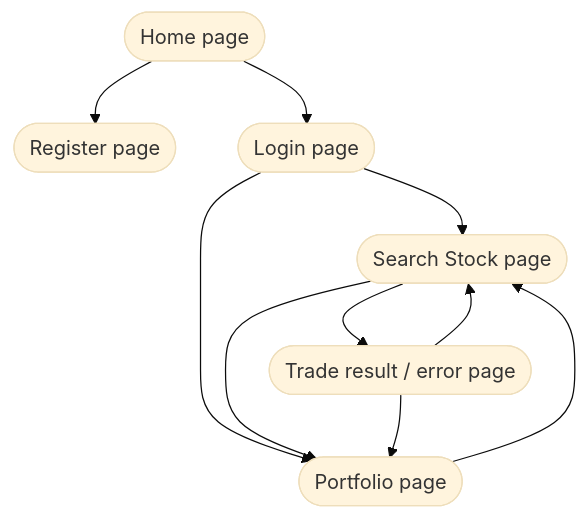
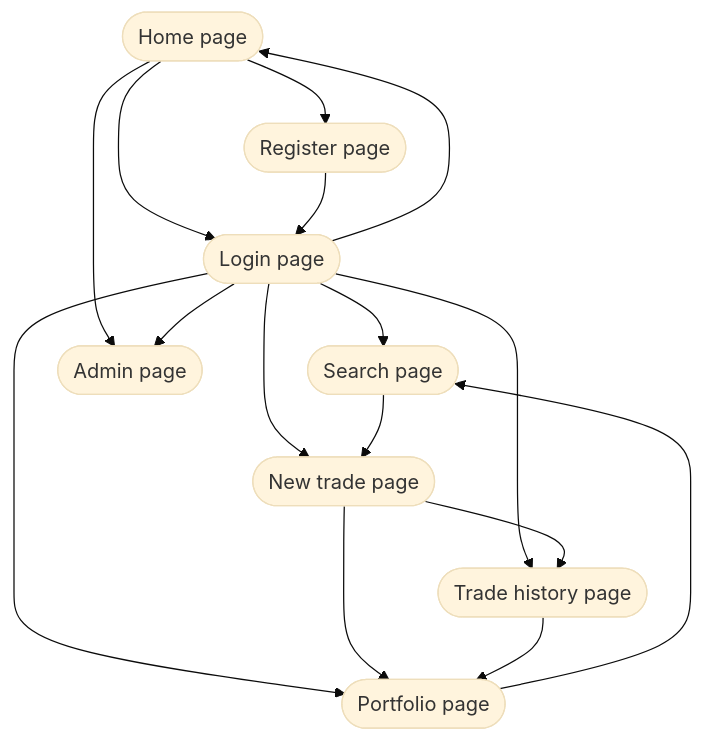
Before and after one commit to noahstephenson/Paper-Trading-App: the diagram in Mermaid Diagrams/page-map.mmd, drawn with Mermaid (base theme). The commit also changed 11 other files, not shown here.

Commit message:
Improve trade confirmation flow and project docs

```diff
--- a/Mermaid Diagrams/page-map.mmd
+++ b/Mermaid Diagrams/page-map.mmd
@@ -1,21 +1,26 @@
 flowchart TD
     Home([Home page])
     Register([Register page])
     Login([Login page])
-    Search([Search Stock page])
+    Search([Search page])
+    Trade([New trade page])
+    History([Trade history page])
     Portfolio([Portfolio page])
-    Result([Trade result / error page])
+    Admin([Admin page])
 
     Home --> Register
     Home --> Login
+    Home --> Admin
 
+    Register --> Login
+    Login --> Home
     Login --> Search
+    Login --> Trade
+    Login --> History
     Login --> Portfolio
-
-    Search --> Result
-    Search --> Portfolio
-
-    Result --> Search
-    Result --> Portfolio
-
+    Search --> Trade
+    Trade --> History
+    Trade --> Portfolio
+    History --> Portfolio
     Portfolio --> Search
+    Login --> Admin
```
